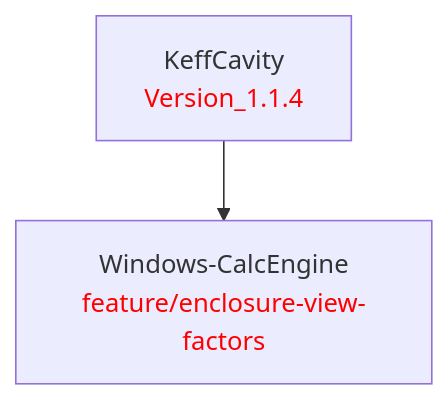
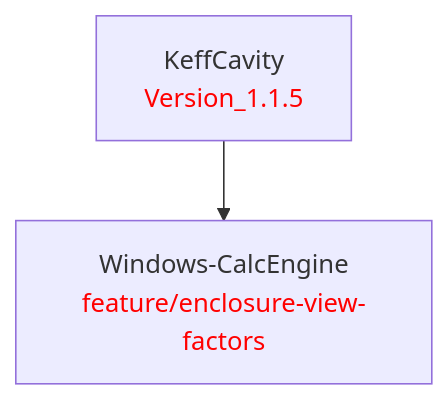
Before and after one commit to LBNL-ETA/KeffCavity: the diagram in doc/KeffCavity.md, drawn with Mermaid. The commit also changed 1 other file, not shown here.

Commit message:
Bump to Version_1.1.5

````diff
--- a/doc/KeffCavity.md
+++ b/doc/KeffCavity.md
@@ -1,9 +1,9 @@
 ```mermaid
 graph TD
     %% Package definitions
-    KeffCavity[KeffCavity<br/><font color='red'>Version_1.1.4</font>]
+    KeffCavity[KeffCavity<br/><font color='red'>Version_1.1.5</font>]
     WindowsCalcEngine[Windows-CalcEngine<br/><font color='red'>feature/enclosure-view-factors</font>]
 
     %% Package relations
     KeffCavity --> WindowsCalcEngine
 ```
````
